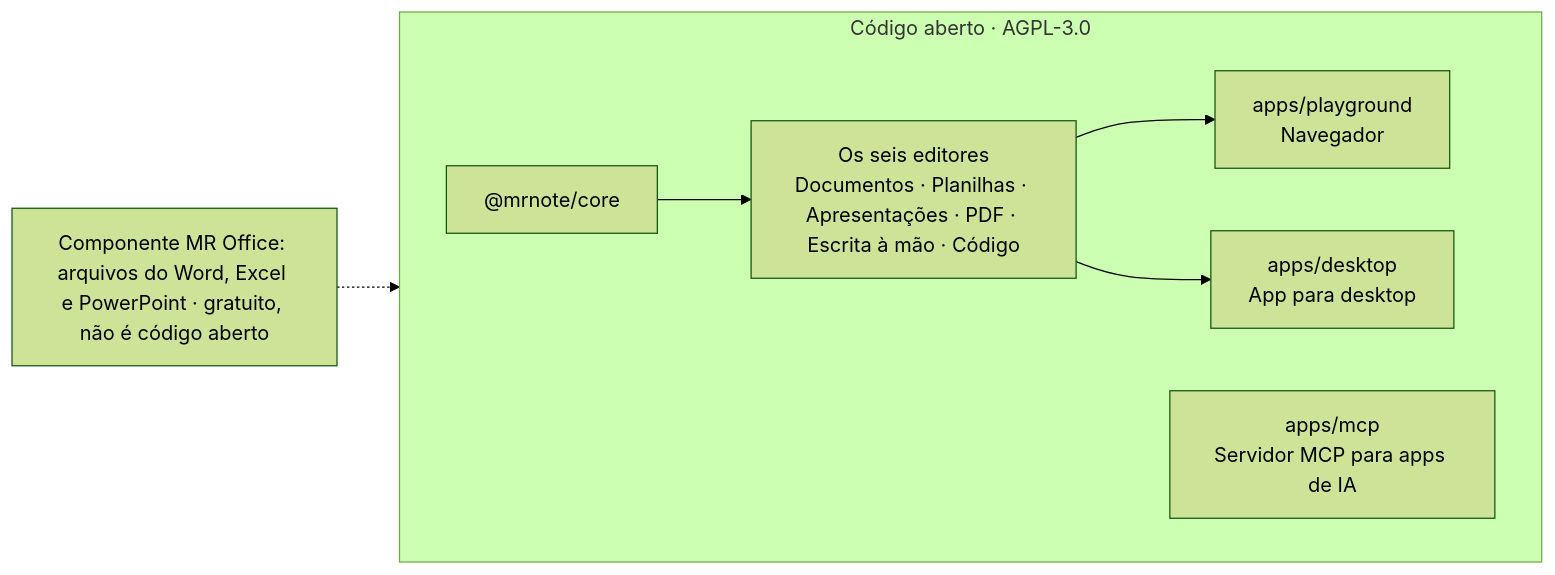
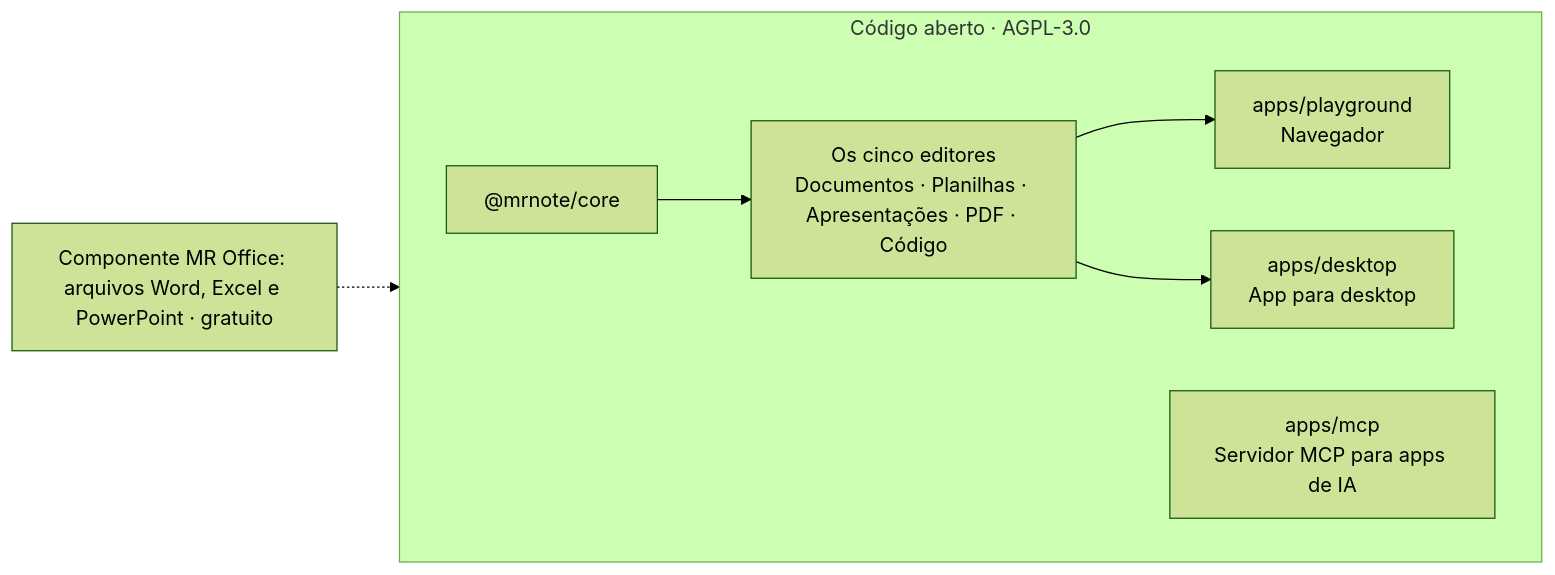
Before and after one commit to WhaleChao/MROffice: the diagram in i18n/README.pt-BR.md, drawn with Mermaid (forest theme). The commit also changed other lines of this file and 621 other files, not shown here.

````diff
--- a/i18n/README.pt-BR.md
+++ b/i18n/README.pt-BR.md
@@ -130,11 +128,11 @@
 ```mermaid
 flowchart LR
   subgraph OSS["Código aberto · AGPL-3.0"]
     direction LR
-    core["@mrnote/core"] --> E["Os seis editores<br/>Documentos · Planilhas · Apresentações · PDF · Escrita à mão · Código"]
+    core["@mrnote/core"] --> E["Os cinco editores<br/>Documentos · Planilhas · Apresentações · PDF · Código"]
     E --> PG["apps/playground<br/>Navegador"]
     E --> DS["apps/desktop<br/>App para desktop"]
     MCP["apps/mcp<br/>Servidor MCP para apps de IA"]
   end
-  COMP["Componente MR Office: arquivos do Word, Excel e PowerPoint · gratuito, não é código aberto"] -.-> DS
+  COMP["Componente MR Office: arquivos Word, Excel e PowerPoint · gratuito"] -.-> DS
 ```
````
